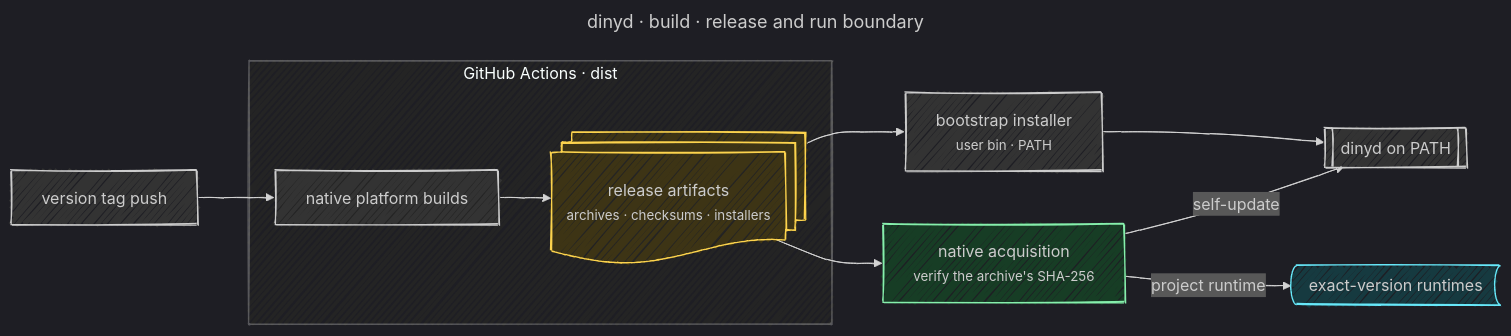
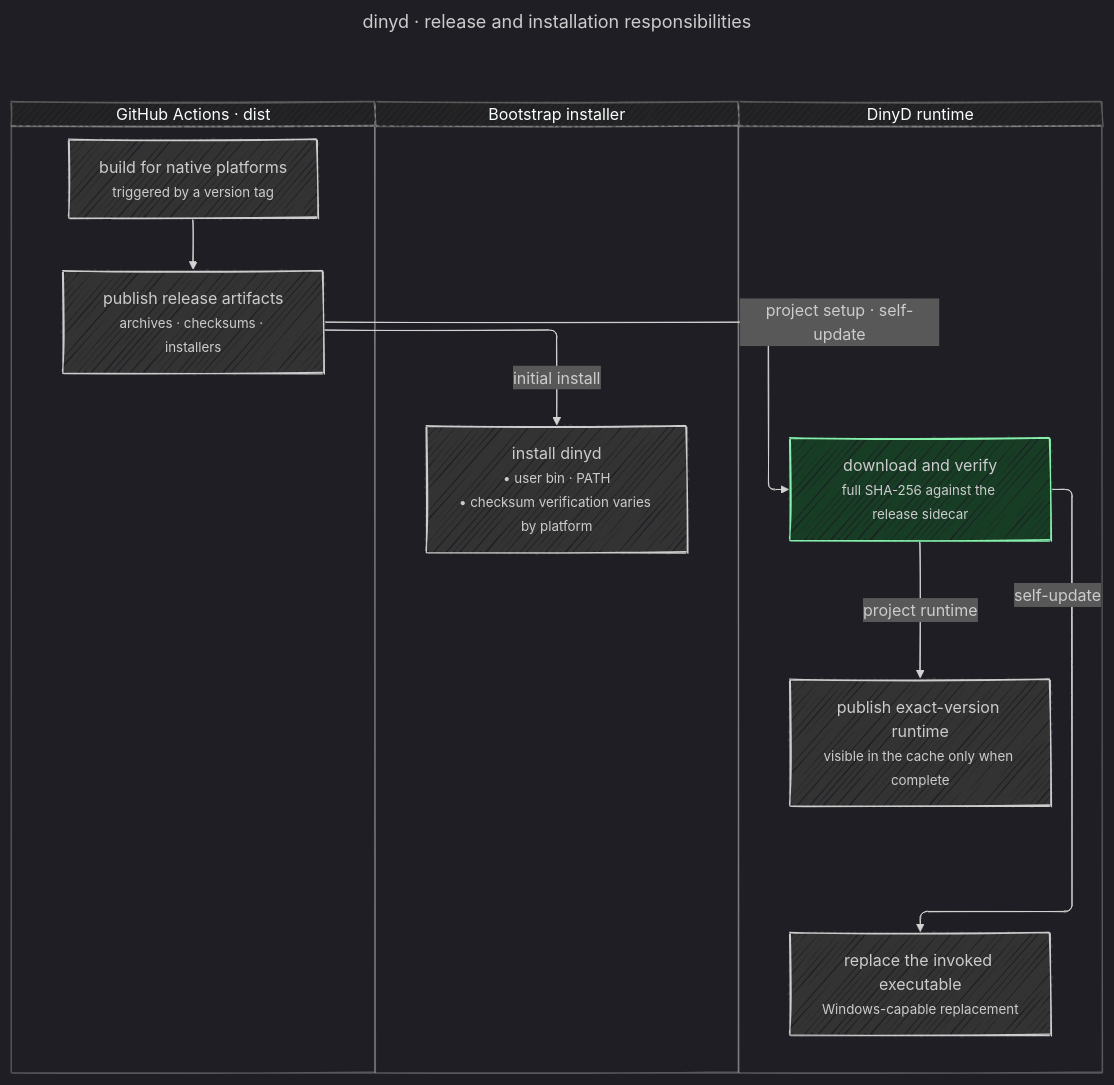
Before and after one commit to undervoke/dinyd: the diagram in blueprint/distribution.mermaid, drawn with Mermaid.

Commit message:
docs(blueprint): redraw the distribution diagram as responsibility lanes
The distribution diagram drew one left-to-right flow from the tag push through the release artifacts to the installed executable and the runtime cache. It now shows which component is responsible for each step.

The diagram becomes swimlanes with one lane each for the release workflow (GitHub Actions and dist), the bootstrap installer, and the DinyD runtime, plus an accessible title and description. Each step states its guarantee: the release builds natively on a version tag and publishes archives, checksums, and installers; the installer's checksum verification varies by platform; the runtime verifies the full SHA-256 against the release sidecar, publishes an exact-version runtime to the cache only when complete, and replaces the invoked executable in a Windows-capable way.

agent_in_charge: Claude Code/Anthropic/claude-opus-5-5

```diff
--- a/blueprint/distribution.mermaid
+++ b/blueprint/distribution.mermaid
@@ -1,39 +1,42 @@
 ---
-title: dinyd · build · release and run boundary
+title: dinyd · release and installation responsibilities
 config:
   look: handDrawn
   handDrawnSeed: 5
   theme: dark
   themeVariables:
     mainBkg: "#333333"
     clusterBkg: "#242424"
+  flowchart:
+    titleTopMargin: 110
   themeCSS: |
     small { display: inline-block; text-align: left; }
-  flowchart:
-    wrappingWidth: 300
 ---
 %% Behavior authority: distribution.md.
-flowchart LR
-  Tag["version tag push"]
-  subgraph Build["GitHub Actions · dist"]
-    Matrix["native platform builds"]
-    Release@{ shape: docs, label: "release artifacts<br/><small>archives · checksums · installers</small>" }
-    Matrix --> Release
+swimlane-beta TB
+  accTitle: DinyD release and installation responsibilities
+  accDescr: The release workflow publishes artifacts. The bootstrap installer installs the global executable. DinyD verifies downloaded archives before publishing a project runtime or replacing itself.
+
+  subgraph release [GitHub Actions · dist]
+    Build["build for native platforms<br/><small>triggered by a version tag</small>"]
+    Publish["publish release artifacts<br/><small>archives · checksums · installers</small>"]
   end
-  Bootstrap["bootstrap installer<br/><small>user bin · PATH</small>"]
-  Fetch["native acquisition<br/><small>verify the archive's SHA-256</small>"]
-  Global@{ shape: fr-rect, label: "dinyd on PATH" }
-  Cache@{ shape: bow-rect, label: "exact-version runtimes" }
 
-  Tag --> Matrix
-  Release --> Bootstrap --> Global
-  Release --> Fetch
-  Fetch -->|project runtime| Cache
-  Fetch -->|self-update| Global
+  subgraph bootstrap [Bootstrap installer]
+    Install["install dinyd<br/><small>• user bin · PATH<br/>• checksum verification varies by platform</small>"]
+  end
+
+  subgraph runtime [DinyD runtime]
+    Acquire["download and verify<br/><small>full SHA-256 against the release sidecar</small>"]
+    Cache["publish exact-version runtime<br/><small>visible in the cache only when complete</small>"]
+    Update["replace the invoked executable<br/><small>Windows-capable replacement</small>"]
+  end
+
+  Build --> Publish
+  Publish -->|initial install| Install
+  Publish -->|project setup · self-update| Acquire
+  Acquire -->|project runtime| Cache
+  Acquire -->|self-update| Update
 
   classDef em fill:#173d25,stroke:#86efac
-  classDef cache fill:#163a40,stroke:#67e8f9
-  classDef file fill:#3d3415,stroke:#fcd34d
-  class Fetch em
-  class Cache cache
-  class Release file
+  class Acquire em
```
